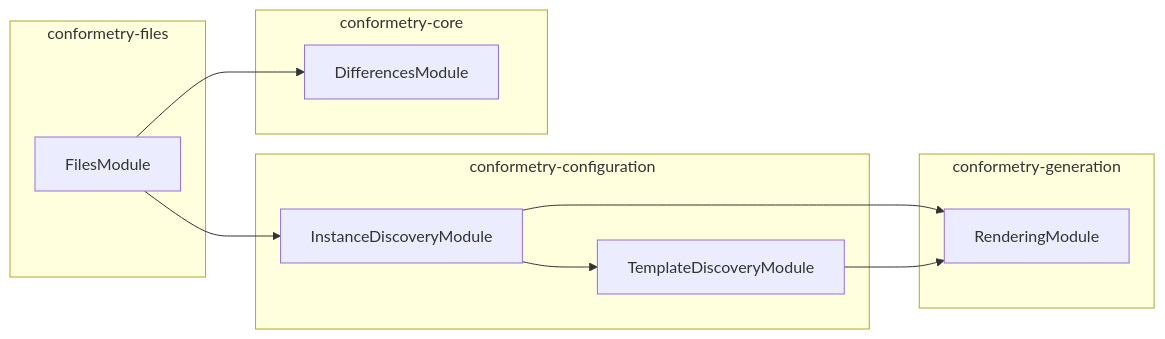
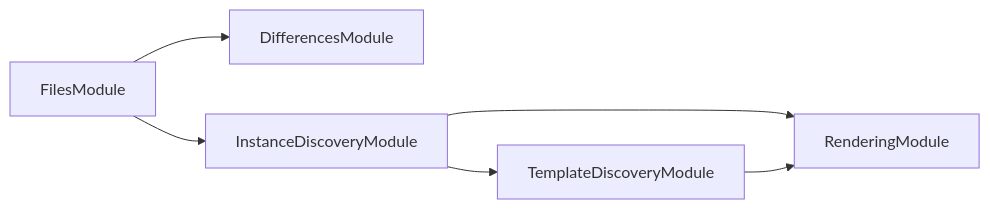
The second of 3 diagrams in packages/conformetry-files/README.md (JimmyPaolini/codebase), drawn with Mermaid before and after one commit. The commit also changed other lines of this file and 241 other files, not shown here.

First line of the commit message:
feat(codependix,synchronization,deployments,documentation,codebase): ✨ add the codependix dependency-graph export suite (#335)

````diff
--- a/packages/conformetry-files/README.md
+++ b/packages/conformetry-files/README.md
@@ -59,21 +107,13 @@
 ```mermaid
 flowchart LR
-  subgraph group0["conformetry-files"]
-    FilesModule
-  end
-  subgraph group1["conformetry-configuration"]
-    InstanceDiscoveryModule
-    TemplateDiscoveryModule
-  end
-  subgraph group2["conformetry-core"]
-    DifferencesModule
-  end
-  subgraph group3["conformetry-generation"]
-    RenderingModule
-  end
+  DifferencesModule
+  FilesModule
+  InstanceDiscoveryModule
+  RenderingModule
+  TemplateDiscoveryModule
   FilesModule --> DifferencesModule
   FilesModule --> InstanceDiscoveryModule
   InstanceDiscoveryModule --> RenderingModule
   InstanceDiscoveryModule --> TemplateDiscoveryModule
   TemplateDiscoveryModule --> RenderingModule
 ```
````
